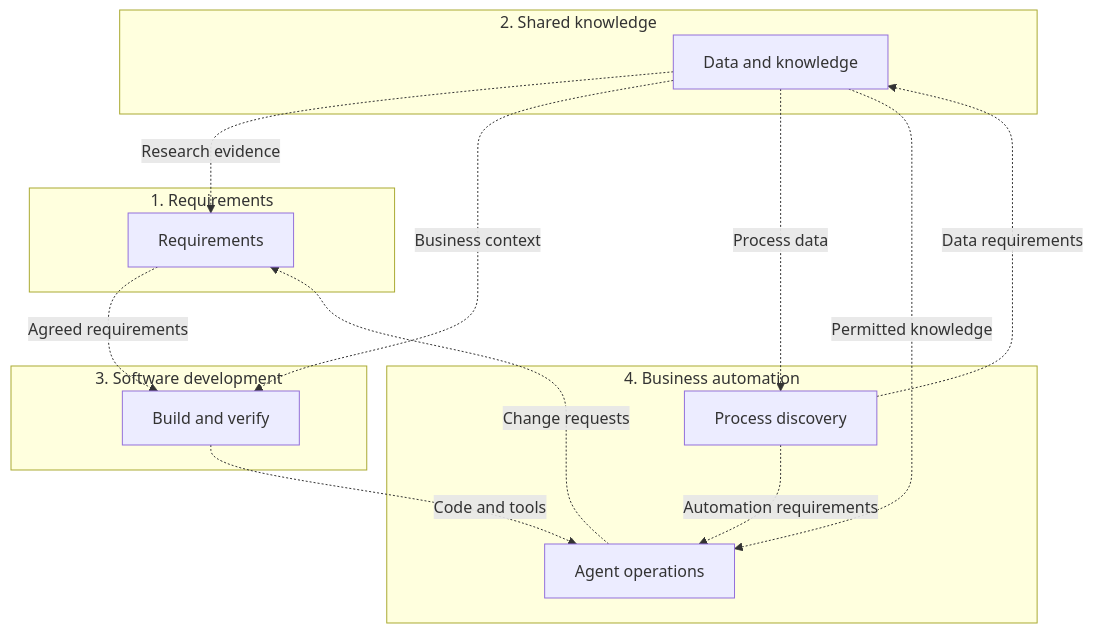
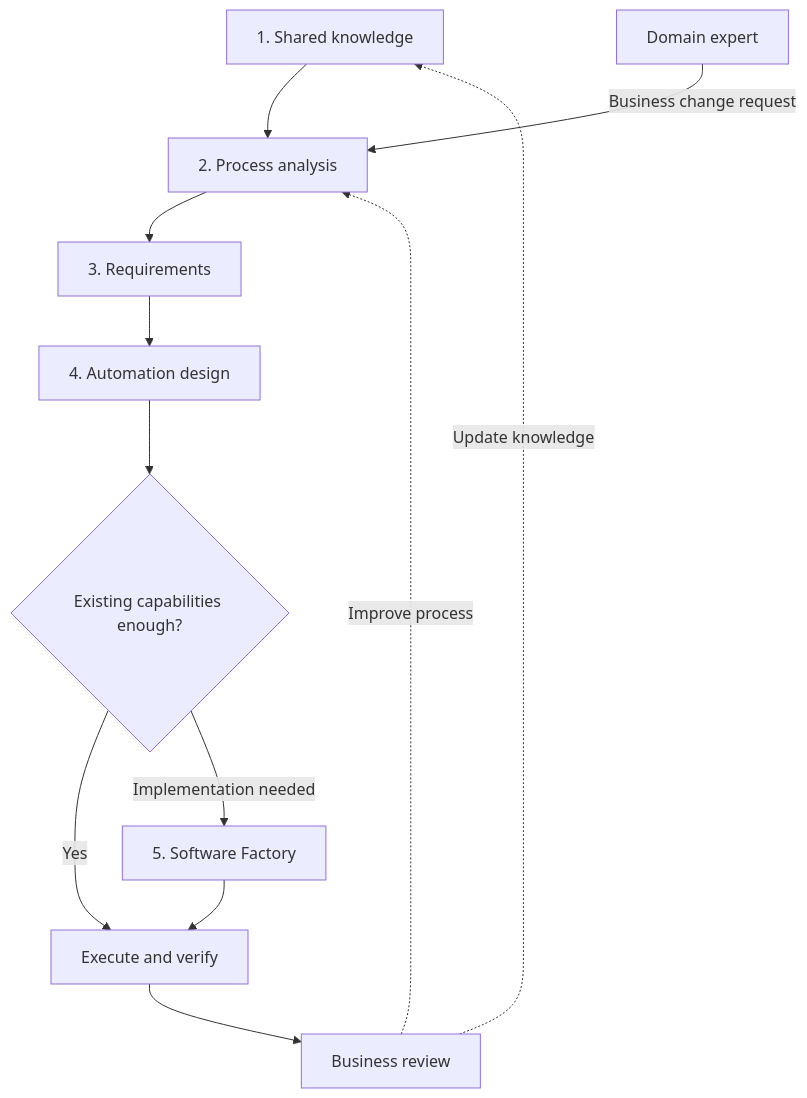
The first of 9 diagrams in _en/2026-11-05-enterprise-wide-ax-essentials.md (haandol/haandol.github.com), drawn with Mermaid before and after one commit. The commit also changed other lines of this file and 1 other file, not shown here.

Commit message:
docs: center AX on domain-led autonomous improvement

````diff
--- a/_en/2026-11-05-enterprise-wide-ax-essentials.md
+++ b/_en/2026-11-05-enterprise-wide-ax-essentials.md
@@ -41,25 +45,14 @@
 ```mermaid
 flowchart TB
-  subgraph X1["1. Requirements"]
-    H["Requirements"]
-  end
-  subgraph X2["2. Shared knowledge"]
-    K["Data and knowledge"]
-  end
-  subgraph X3["3. Software development"]
-    F["Build and verify"]
-  end
-  subgraph X4["4. Business automation"]
-    S["Process discovery"]
-    W["Agent operations"]
-    S -.->|"Automation requirements"| W
-  end
-  H -.->|"Agreed requirements"| F
-  F -.->|"Code and tools"| W
-  W -.->|"Change requests"| H
-  K -.->|"Research evidence"| H
-  K -.->|"Business context"| F
-  K -.->|"Process data"| S
-  S -.->|"Data requirements"| K
-  K -.->|"Permitted knowledge"| W
+  K["1. Shared knowledge"] --> P["2. Process analysis"]
+  U["Domain expert"] -->|"Business change request"| P
+  P --> R["3. Requirements"]
+  R --> A["4. Automation design"]
+  A --> D{"Existing capabilities enough?"}
+  D -->|"Yes"| E["Execute and verify"]
+  D -->|"Implementation needed"| F["5. Software Factory"]
+  F --> E
+  E --> V["Business review"]
+  V -.->|"Update knowledge"| K
+  V -.->|"Improve process"| P
 ```
````
